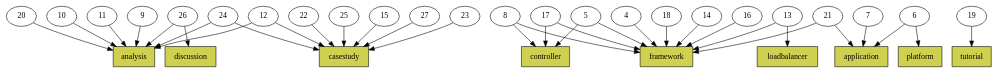
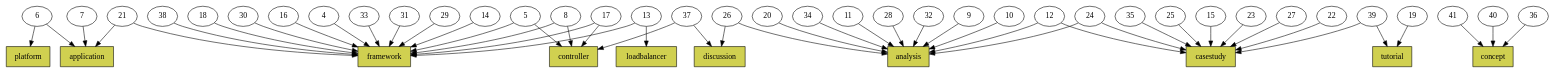
One commit to serviceprototypinglab/kubernetes-literature-dataset changed the diagram in graphs/sldgraph-nature.dot. Above: the diagram before and after it, drawn with Graphviz. The commit also changed 21 other files, not shown here.

Commit message:
- graphs update

```diff
--- a/graphs/sldgraph-nature.dot
+++ b/graphs/sldgraph-nature.dot
@@ -1,69 +1,100 @@
 digraph sldgraph {
 overlap=false;
-_S94535 -> _S25188;
-_S23506 -> _S25188;
-_S32885 -> _S25188;
-_S32885 -> _S79863;
-_S54922 -> _S79863;
-_S20350 -> _S46817;
-_S79171 -> _S46817;
-_S79171 -> _S77371;
-_S96855 -> _S79863;
-_S67566 -> _S79863;
-_S13116 -> _S46817;
-_S76633 -> _S88835;
-_S76633 -> _S46817;
-_S83106 -> _S46817;
-_S83106 -> _S77371;
-_S94883 -> _S46817;
-_S94883 -> _S77371;
-_S46399 -> _S20536;
-_S83952 -> _S79863;
-_S50958 -> _S25188;
-_S39887 -> _S46817;
-_S64606 -> _S18616;
-_S21971 -> _S25188;
-_S88914 -> _S25188;
-_S88914 -> _S48233;
-_S14623 -> _S25188;
-_S14623 -> _S79863;
-_S74239 -> _S46817;
-_S77634 -> _S18616;
-_S77634 -> _S46817;
-_S67520 -> _S79863;
-_S68812 -> _S18616;
-_S68812 -> _S72820;
-_S94883 [label="5"];
-_S25188 [label="analysis",shape=box,style=filled,fillcolor="#d0d050"];
-_S67520 [label="27"];
-_S54922 [label="23"];
-_S14623 [label="12"];
-_S48233 [label="discussion",shape=box,style=filled,fillcolor="#d0d050"];
-_S96855 [label="22"];
-_S64606 [label="7"];
-_S18616 [label="application",shape=box,style=filled,fillcolor="#d0d050"];
-_S79863 [label="casestudy",shape=box,style=filled,fillcolor="#d0d050"];
-_S77634 [label="21"];
-_S83952 [label="15"];
-_S39887 [label="18"];
-_S20536 [label="tutorial",shape=box,style=filled,fillcolor="#d0d050"];
-_S83106 [label="17"];
-_S21971 [label="9"];
-_S23506 [label="10"];
-_S68812 [label="6"];
-_S74239 [label="14"];
-_S94535 [label="20"];
-_S46399 [label="19"];
-_S88835 [label="loadbalancer",shape=box,style=filled,fillcolor="#d0d050"];
-_S20350 [label="16"];
-_S88914 [label="26"];
-_S79171 [label="8"];
-_S67566 [label="25"];
-_S72820 [label="platform",shape=box,style=filled,fillcolor="#d0d050"];
-_S76633 [label="13"];
-_S46817 [label="framework",shape=box,style=filled,fillcolor="#d0d050"];
-_S50958 [label="11"];
-_S13116 [label="4"];
-_S77371 [label="controller",shape=box,style=filled,fillcolor="#d0d050"];
-_S32885 [label="24"];
+_S33806 -> _S83972;
+_S33806 -> _S13184;
+_S27786 -> _S65494;
+_S65483 -> _S23317;
+_S46580 -> _S65494;
+_S35658 -> _S70736;
+_S22876 -> _S70736;
+_S22876 -> _S61206;
+_S33128 -> _S23317;
+_S33128 -> _S15790;
+_S26812 -> _S23317;
+_S27083 -> _S65494;
+_S95532 -> _S72010;
+_S25969 -> _S70736;
+_S28614 -> _S72010;
+_S38540 -> _S65494;
+_S91324 -> _S65494;
+_S24108 -> _S87247;
+_S24108 -> _S23317;
+_S80288 -> _S23317;
+_S80288 -> _S15790;
+_S89641 -> _S72010;
+_S53333 -> _S23317;
+_S76564 -> _S65494;
+_S44486 -> _S70736;
+_S44486 -> _S65494;
+_S48894 -> _S83972;
+_S48894 -> _S23317;
+_S12961 -> _S23317;
+_S65299 -> _S83972;
+_S23456 -> _S23317;
+_S80155 -> _S23317;
+_S80155 -> _S15790;
+_S85444 -> _S70736;
+_S65155 -> _S23317;
+_S83554 -> _S70736;
+_S83554 -> _S65494;
+_S19398 -> _S70736;
+_S85095 -> _S65494;
+_S85095 -> _S60428;
+_S57962 -> _S23317;
+_S12787 -> _S15790;
+_S12787 -> _S61206;
+_S42983 -> _S60428;
+_S37338 -> _S70736;
+_S26818 -> _S23317;
+_S26352 -> _S70736;
+_S95355 -> _S23317;
+_S99771 -> _S70736;
+_S85095 [label="39"];
+_S23317 [label="framework",shape=box,style=filled,fillcolor="#d0d050"];
+_S65299 [label="7"];
+_S35658 [label="20"];
+_S12961 [label="31"];
+_S72010 [label="concept",shape=box,style=filled,fillcolor="#d0d050"];
+_S80155 [label="17"];
+_S28614 [label="40"];
+_S27786 [label="23"];
+_S95355 [label="30"];
+_S46580 [label="27"];
+_S26812 [label="4"];
+_S22876 [label="26"];
+_S44486 [label="24"];
+_S15790 [label="controller",shape=box,style=filled,fillcolor="#d0d050"];
+_S83972 [label="application",shape=box,style=filled,fillcolor="#d0d050"];
+_S26352 [label="9"];
+_S80288 [label="8"];
+_S65155 [label="14"];
+_S12787 [label="37"];
+_S65494 [label="casestudy",shape=box,style=filled,fillcolor="#d0d050"];
+_S85444 [label="11"];
+_S60428 [label="tutorial",shape=box,style=filled,fillcolor="#d0d050"];
+_S95532 [label="41"];
+_S53333 [label="33"];
+_S26818 [label="18"];
+_S89641 [label="36"];
+_S99771 [label="10"];
+_S37338 [label="32"];
+_S23456 [label="29"];
+_S70736 [label="analysis",shape=box,style=filled,fillcolor="#d0d050"];
+_S33806 [label="6"];
+_S76564 [label="15"];
+_S19398 [label="28"];
+_S33128 [label="5"];
+_S13184 [label="platform",shape=box,style=filled,fillcolor="#d0d050"];
+_S65483 [label="16"];
+_S48894 [label="21"];
+_S61206 [label="discussion",shape=box,style=filled,fillcolor="#d0d050"];
+_S38540 [label="35"];
+_S57962 [label="38"];
+_S87247 [label="loadbalancer",shape=box,style=filled,fillcolor="#d0d050"];
+_S91324 [label="25"];
+_S25969 [label="34"];
+_S42983 [label="19"];
+_S83554 [label="12"];
+_S24108 [label="13"];
+_S27083 [label="22"];
 }
```
